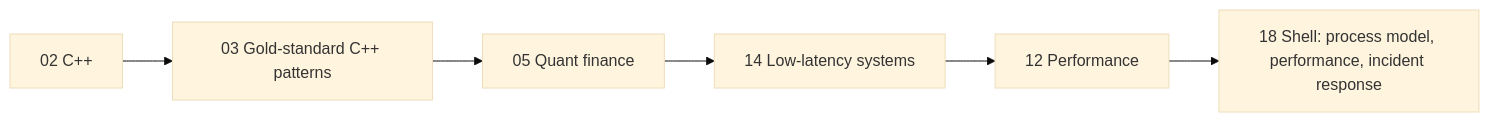
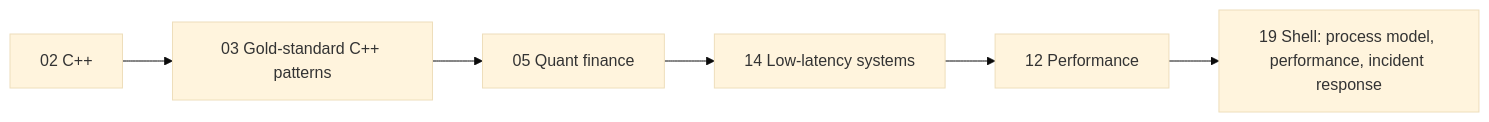
The third of 5 diagrams in 00-Start-Here/Roadmap.md (shreejitverma/SDE-Interview-Prep), drawn with Mermaid (base theme) before and after one commit. The commit also changed other lines of this file and 643 other files, not shown here.

````diff
--- a/00-Start-Here/Roadmap.md
+++ b/00-Start-Here/Roadmap.md
@@ -66,8 +66,8 @@
 ```mermaid
 flowchart LR
     Cpp["02 C++"] --> Gold["03 Gold-standard C++ patterns"]
     Gold --> Q["05 Quant finance"]
     Q --> LL["14 Low-latency systems"]
     LL --> Perf["12 Performance"]
-    Perf --> Sh["18 Shell: process model, performance, incident response"]
+    Perf --> Sh["19 Shell: process model, performance, incident response"]
 ```
````
